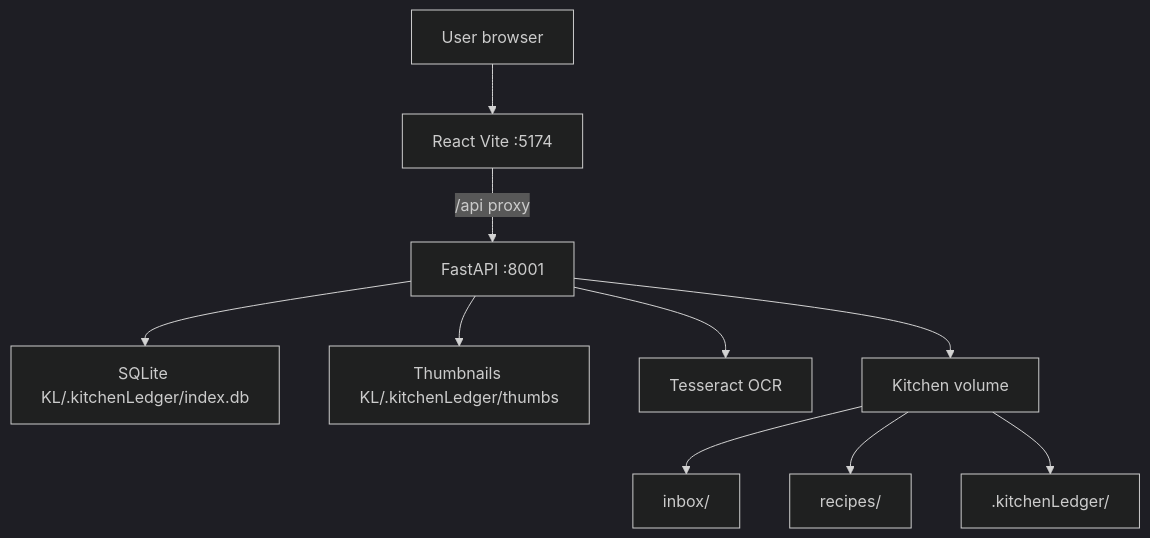
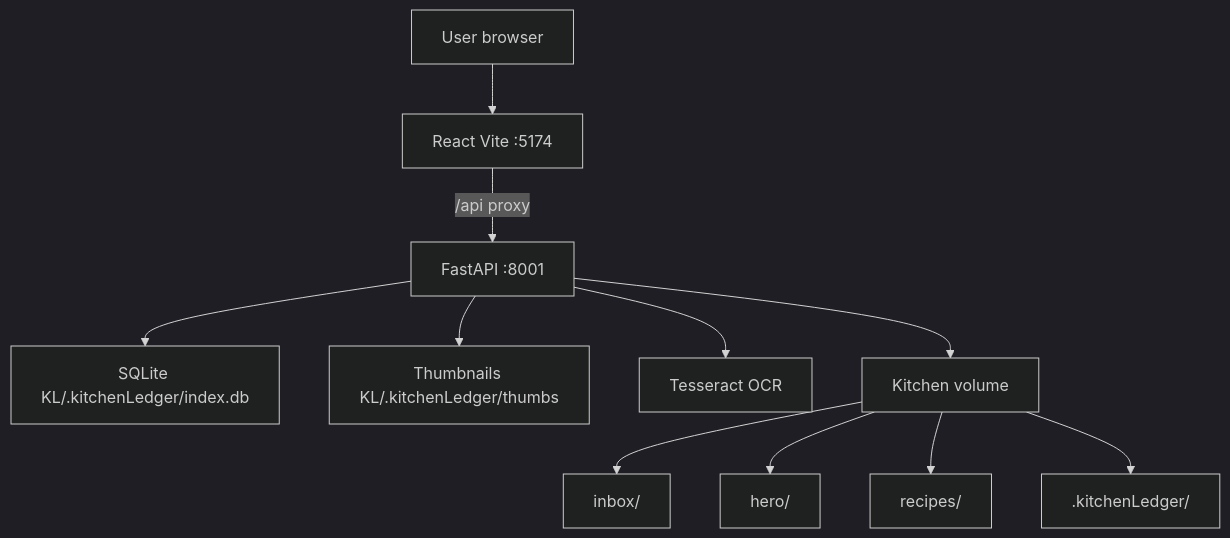
The first of 2 diagrams in docs/ARCHITECTURE.md (aherna04/kitchenLedger), drawn with Mermaid (dark theme) before and after one commit. The commit also changed other lines of this file and 16 other files, not shown here.

````diff
--- a/docs/ARCHITECTURE.md
+++ b/docs/ARCHITECTURE.md
@@ -14,12 +14,13 @@
 ```mermaid
 flowchart TB
   User[User browser] --> Frontend["React Vite :5174"]
   Frontend -->|"/api proxy"| Backend["FastAPI :8001"]
   Backend --> SQLite["SQLite KL/.kitchenLedger/index.db"]
   Backend --> Thumbs["Thumbnails KL/.kitchenLedger/thumbs"]
   Backend --> Tesseract[Tesseract OCR]
   Backend --> Media["Kitchen volume"]
   Media --> Inbox[inbox/]
+  Media --> Hero[hero/]
   Media --> RecipesDir[recipes/]
   Media --> Catalog[.kitchenLedger/]
 ```
````
